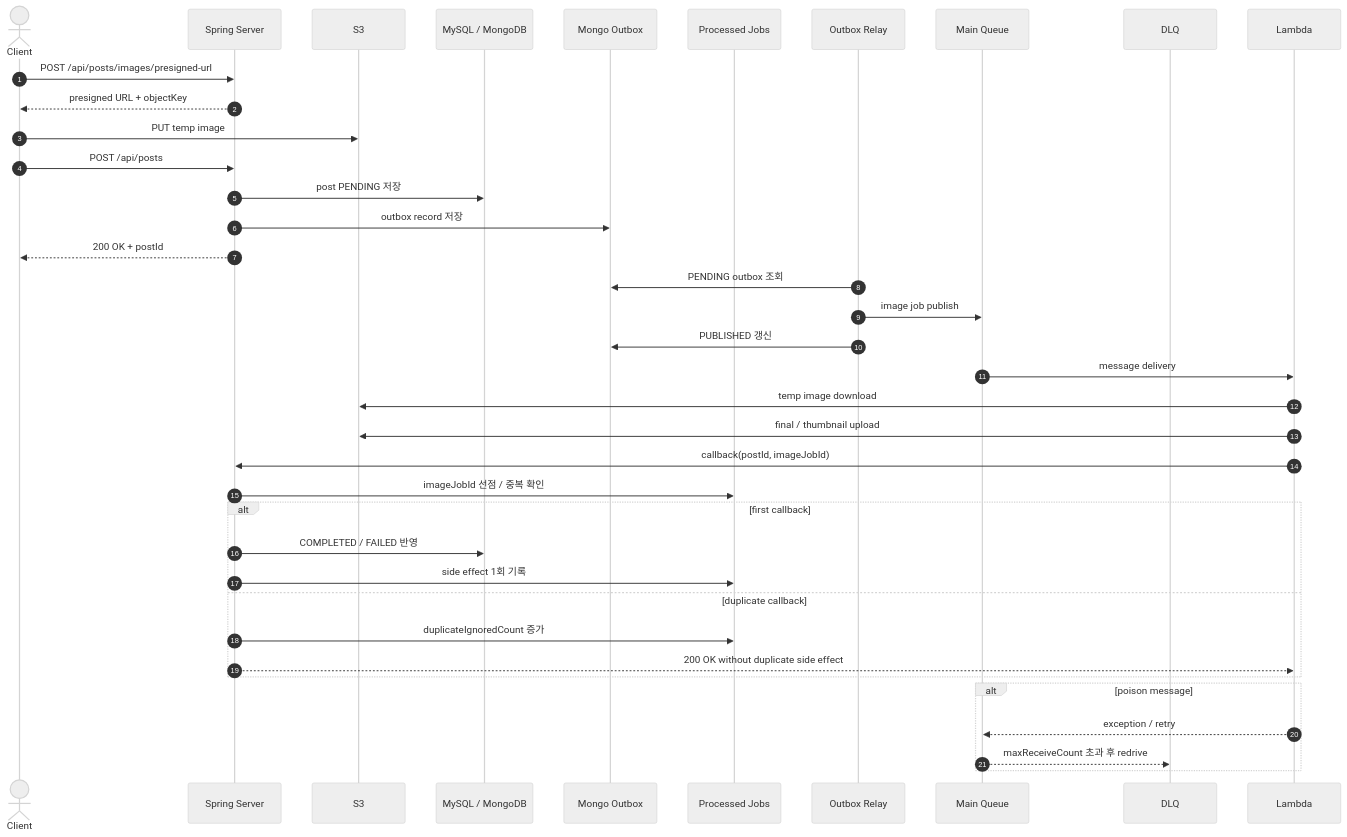
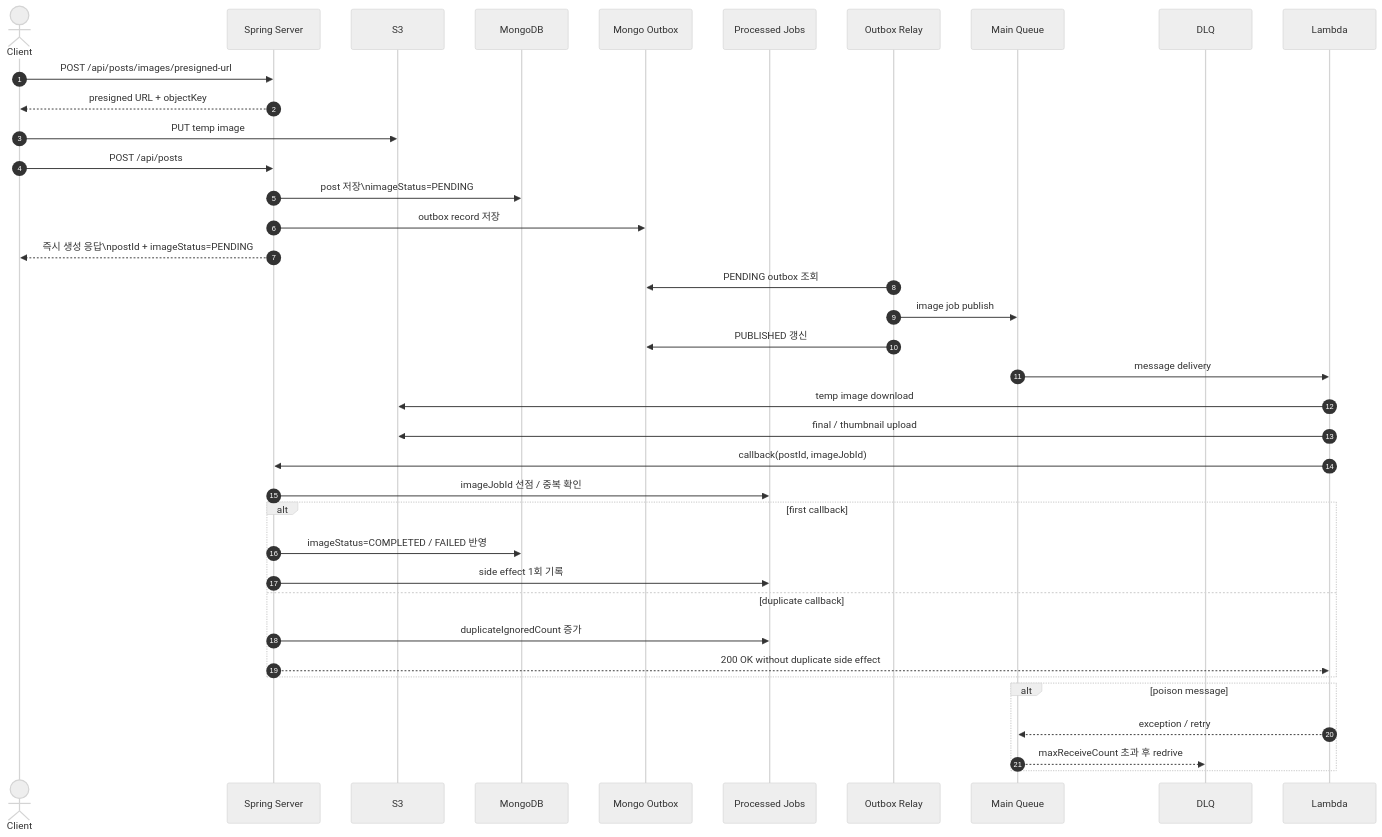
The diagram in docs/experiments/v4-idempotent-current-architecture.md (100-hours-a-week/3-logan-cho-community-BE), drawn with Mermaid (neutral theme) before and after one commit. The commit also changed other lines of this file and 8 other files, not shown here.

Commit message:
docs: align architecture flows with actual image status model

````diff
--- a/docs/experiments/v4-idempotent-current-architecture.md
+++ b/docs/experiments/v4-idempotent-current-architecture.md
@@ -20,44 +20,44 @@
 ```mermaid
 sequenceDiagram
     autonumber
     actor Client
     participant Spring as Spring Server
     participant S3
-    participant DB as MySQL / MongoDB
+    participant DB as MongoDB
     participant Outbox as Mongo Outbox
     participant Processed as Processed Jobs
     participant Relay as Outbox Relay
     participant SQS as Main Queue
     participant DLQ
     participant Lambda
 
     Client->>Spring: POST /api/posts/images/presigned-url
     Spring-->>Client: presigned URL + objectKey
     Client->>S3: PUT temp image
     Client->>Spring: POST /api/posts
-    Spring->>DB: post PENDING 저장
+    Spring->>DB: post 저장\nimageStatus=PENDING
     Spring->>Outbox: outbox record 저장
-    Spring-->>Client: 200 OK + postId
+    Spring-->>Client: 즉시 생성 응답\npostId + imageStatus=PENDING
 
     Relay->>Outbox: PENDING outbox 조회
     Relay->>SQS: image job publish
     Relay->>Outbox: PUBLISHED 갱신
 
     SQS->>Lambda: message delivery
     Lambda->>S3: temp image download
     Lambda->>S3: final / thumbnail upload
     Lambda->>Spring: callback(postId, imageJobId)
     Spring->>Processed: imageJobId 선점 / 중복 확인
     alt first callback
-        Spring->>DB: COMPLETED / FAILED 반영
+        Spring->>DB: imageStatus=COMPLETED / FAILED 반영
         Spring->>Processed: side effect 1회 기록
     else duplicate callback
         Spring->>Processed: duplicateIgnoredCount 증가
         Spring-->>Lambda: 200 OK without duplicate side effect
     end
 
     alt poison message
         Lambda-->>SQS: exception / retry
         SQS-->>DLQ: maxReceiveCount 초과 후 redrive
     end
 ```
````
